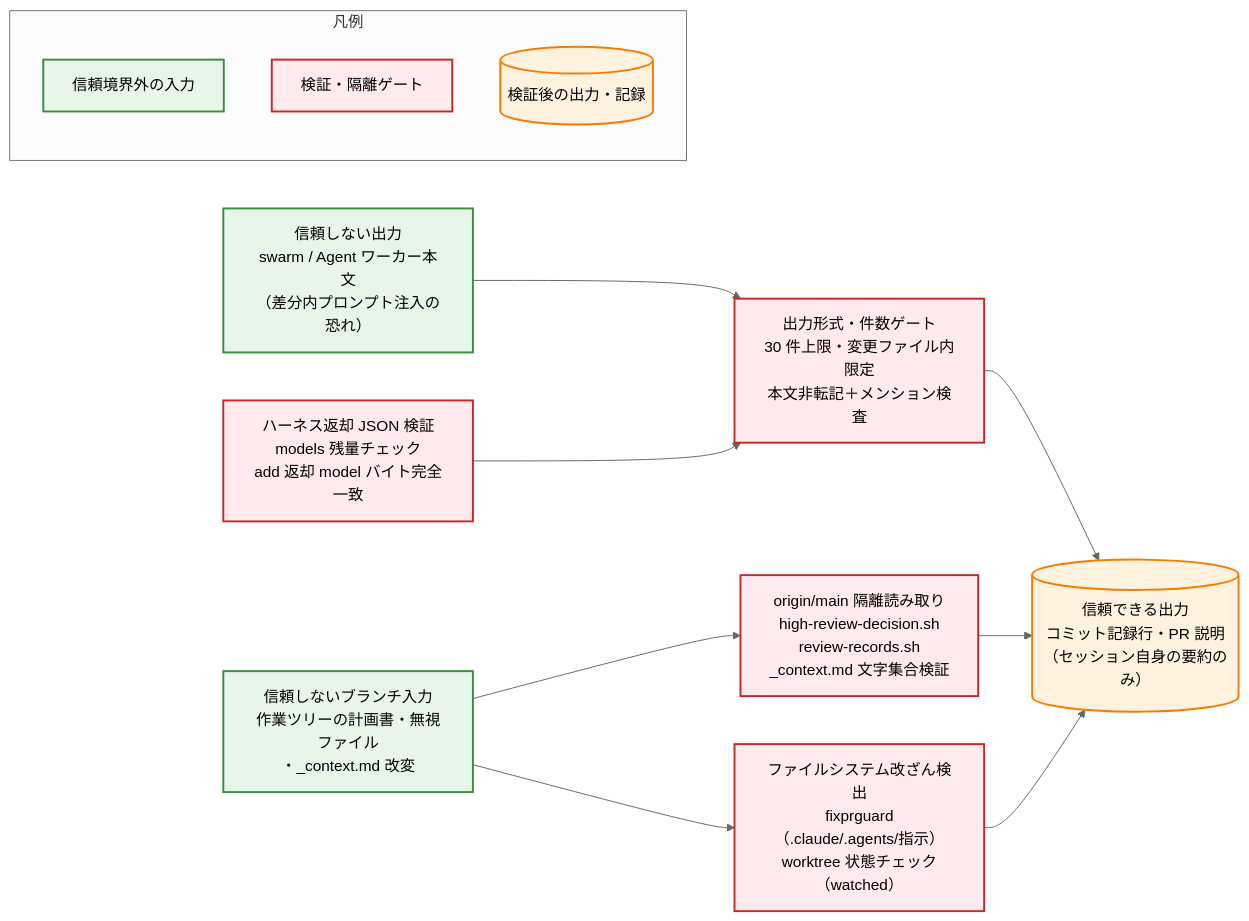
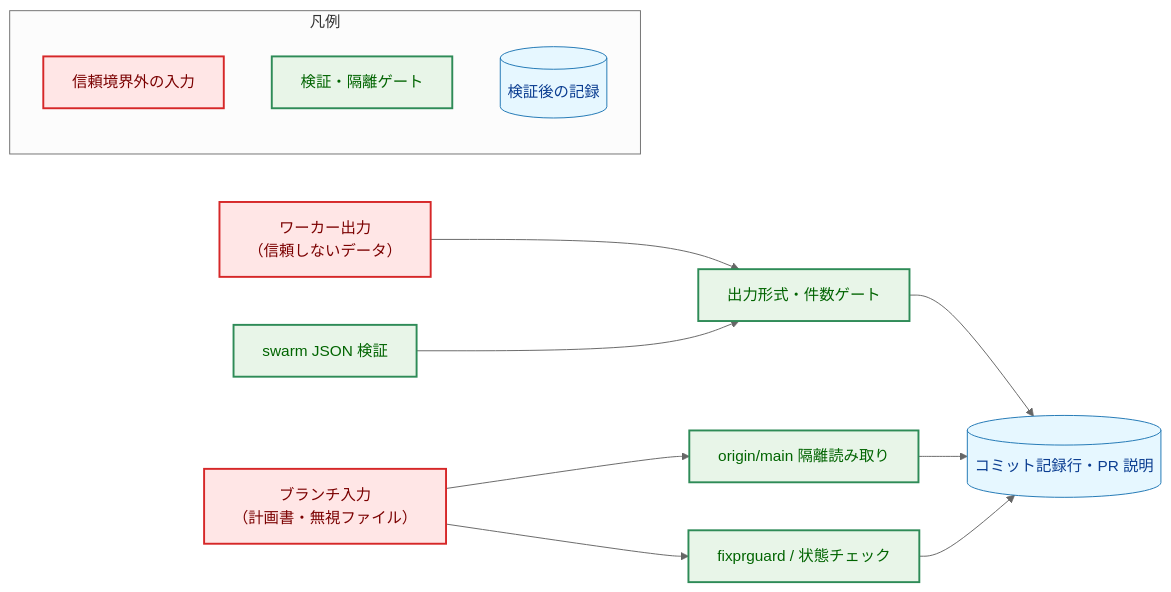
One commit to isseis/yt2column changed the fifth of 7 diagrams in docs/tasks/0120_harness_independent_commands/02_architecture.md. Above: the diagram before and after it, drawn with Mermaid (neutral theme). The commit also changed other lines of this file and 2 other files, not shown here.

Commit message:
docs(0120): address panel review and japrose findings

````diff
--- a/docs/tasks/0120_harness_independent_commands/02_architecture.md
+++ b/docs/tasks/0120_harness_independent_commands/02_architecture.md
@@ -535,33 +583,31 @@
 ```mermaid
 flowchart LR
-    classDef entry fill:#e1f5ff,stroke:#0288d1,stroke-width:2px
-    classDef process fill:#f3e5f5,stroke:#7b1fa2,stroke-width:2px
-    classDef store fill:#fff3e0,stroke:#f57c00,stroke-width:2px
-    classDef external fill:#e8f5e9,stroke:#388e3c,stroke-width:2px
-    classDef guard fill:#ffebee,stroke:#c62828,stroke-width:2px
+    classDef data fill:#e6f7ff,stroke:#1f77b4,stroke-width:1px,color:#0b3d91;
+    classDef enhanced fill:#e8f5e8,stroke:#2e8b57,stroke-width:2px,color:#006400;
+    classDef problem fill:#ffe6e6,stroke:#d62728,stroke-width:2px,color:#7b0000;
 
-    untrustedW["信頼しない出力<br>swarm / Agent ワーカー本文<br>（差分内プロンプト注入の恐れ）"]:::external
-    untrustedB["信頼しないブランチ入力<br>作業ツリーの計画書・無視ファイル<br>・_context.md 改変"]:::external
+    untrustedW["ワーカー出力<br>（信頼しないデータ）"]:::problem
+    untrustedB["ブランチ入力<br>（計画書・無視ファイル）"]:::problem
 
-    gJSON["ハーネス返却 JSON 検証<br>models 残量チェック<br>add 返却 model バイト完全一致"]:::guard
-    gFormat["出力形式・件数ゲート<br>30 件上限・変更ファイル内限定<br>本文非転記＋メンション検査"]:::guard
-    gOrigin["origin/main 隔離読み取り<br>high-review-decision.sh<br>review-records.sh<br>_context.md 文字集合検証"]:::guard
-    gFS["ファイルシステム改ざん検出<br>fixprguard（.claude/.agents/指示）<br>worktree 状態チェック（watched）"]:::guard
+    gJSON["swarm JSON 検証"]:::enhanced
+    gFormat["出力形式・件数ゲート"]:::enhanced
+    gOrigin["origin/main 隔離読み取り"]:::enhanced
+    gFS["fixprguard / 状態チェック"]:::enhanced
 
-    safeOut[("信頼できる出力<br>コミット記録行・PR 説明<br>（セッション自身の要約のみ）")]:::store
+    safeOut[("コミット記録行・PR 説明")]:::data
 
     untrustedW --> gFormat
     gJSON --> gFormat
     gFormat --> safeOut
     untrustedB --> gOrigin
     untrustedB --> gFS
     gOrigin --> safeOut
     gFS --> safeOut
 
     subgraph legend["凡例"]
         direction TB
-        s1["信頼境界外の入力"]:::external
-        s2["検証・隔離ゲート"]:::guard
-        s3[("検証後の出力・記録")]:::store
+        s1["信頼境界外の入力"]:::problem
+        s2["検証・隔離ゲート"]:::enhanced
+        s3[("検証後の記録")]:::data
     end
 ```
````
